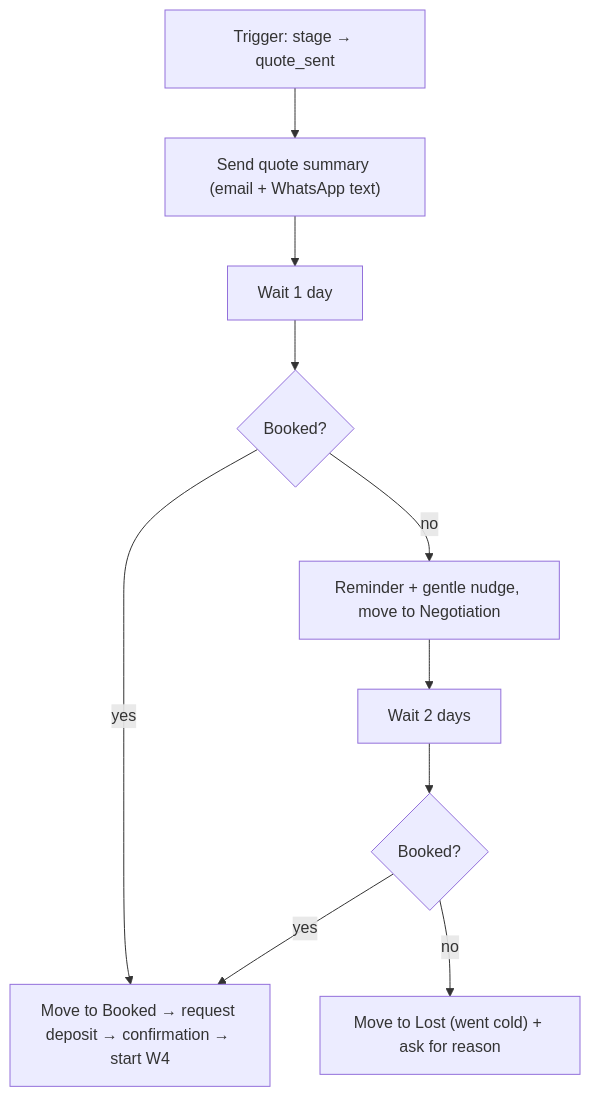
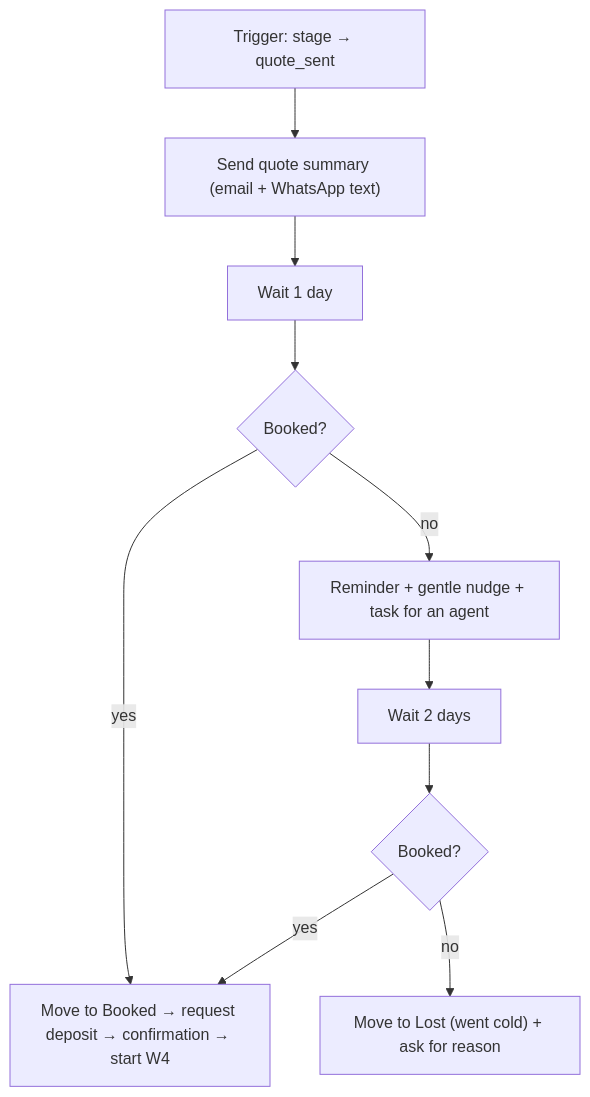
The seventh of 14 diagrams in docs/CRM_FUNNEL_IMPLEMENTATION_PLAN.md (j-andradeii/easyrides-cebu), drawn with Mermaid before and after one commit. The commit also changed other lines of this file and 5 other files, not shown here.

````diff
--- a/docs/CRM_FUNNEL_IMPLEMENTATION_PLAN.md
+++ b/docs/CRM_FUNNEL_IMPLEMENTATION_PLAN.md
@@ -534,12 +544,12 @@
 ```mermaid
 flowchart TD
     T["Trigger: stage → quote_sent"] --> S1["Send quote summary (email + WhatsApp text)"]
     S1 --> W1d["Wait 1 day"]
     W1d --> C1{"Booked?"}
     C1 -- yes --> WON["Move to Booked → request deposit → confirmation → start W4"]
-    C1 -- no --> R1["Reminder + gentle nudge, move to Negotiation"]
+    C1 -- no --> R1["Reminder + gentle nudge + task for an agent"]
     R1 --> W2d["Wait 2 days"]
     W2d --> C2{"Booked?"}
     C2 -- yes --> WON
     C2 -- no --> LOST["Move to Lost (went cold) + ask for reason"]
 ```
````
